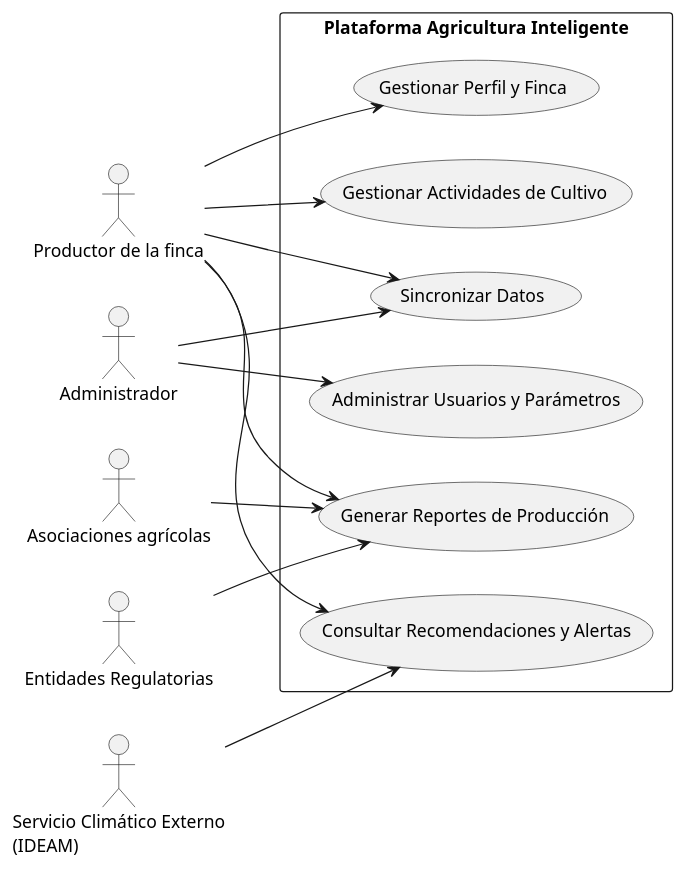
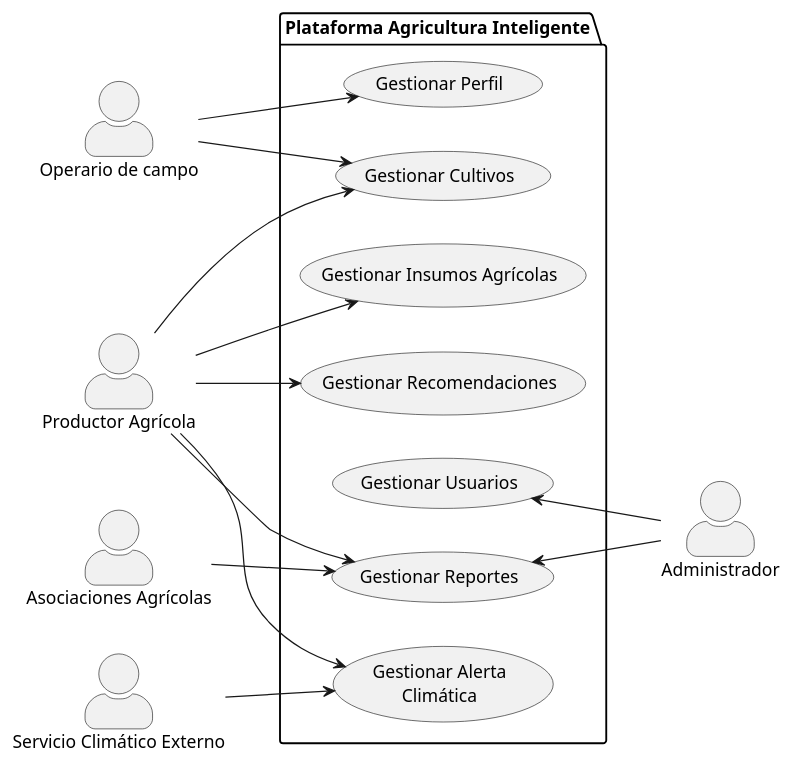
The diagram in 03-Diagramas/01-casos-de-uso-nivel-0.puml (Moshii-Xz/arquitectura-de-software), drawn with PlantUML before and after one commit. The commit also changed 8 other files, not shown here.

First line of the commit message:
Add use case diagrams and wireframes for user and input management

```diff
--- a/03-Diagramas/01-casos-de-uso-nivel-0.puml
+++ b/03-Diagramas/01-casos-de-uso-nivel-0.puml
@@ -1,50 +1,37 @@
-@startuml nivel-0.puml
+@startuml Nivel 0
 left to right direction
-skinparam packageStyle rectangle
+skinparam actorStyle awesome
 
-' =====================
-' Actores
-' =====================
-actor "Productor de la finca" as Productor
+actor "Operario de campo" as Operario
+actor "Productor Agrícola" as Productor
+actor "Asociaciones Agrícolas" as Asociacion
+actor "Servicio Climático Externo" as Clima
 actor "Administrador" as Admin
-actor "Asociaciones agrícolas" as Asociaciones
-actor "Entidades Regulatorias" as Entidades
-actor "Servicio Climático Externo\n(IDEAM)" as IDEAM
 
-' =====================
-' Límite del Sistema
-' =====================
 package "Plataforma Agricultura Inteligente" {
 
-  usecase "Gestionar Perfil y Finca" as UC1
-  usecase "Gestionar Actividades de Cultivo" as UC2
-  usecase "Consultar Recomendaciones y Alertas" as UC3
-  usecase "Generar Reportes de Producción" as UC4
-  usecase "Sincronizar Datos" as UC5
-  usecase "Administrar Usuarios y Parámetros" as UC6
+  usecase "Gestionar Perfil" as UC1
+  usecase "Gestionar Cultivos" as UC2
+  usecase "Gestionar Insumos Agrícolas" as UC3
+  usecase "Gestionar Recomendaciones" as UC4
+  usecase "Gestionar Usuarios" as UC5
+  usecase "Gestionar Reportes" as UC6
+  usecase "Gestionar Alerta\nClimática" as UC7
 }
 
-' =====================
-' Relaciones Productor
-' =====================
-Productor --> UC1
+Operario --> UC1
+Operario --> UC2
+
 Productor --> UC2
 Productor --> UC3
 Productor --> UC4
-Productor --> UC5
+Productor --> UC6
+Productor --> UC7
 
-' =====================
-' Relaciones Administrador
-' =====================
-Admin --> UC6
-Admin --> UC5
+Asociacion --> UC6
 
-' =====================
-' Relaciones Externas
-' =====================
-IDEAM --> UC3
+Clima --> UC7
 
-Asociaciones --> UC4
-Entidades --> UC4
-
+UC5 <--Admin  
+UC6 <-- Admin 
 @enduml
```
